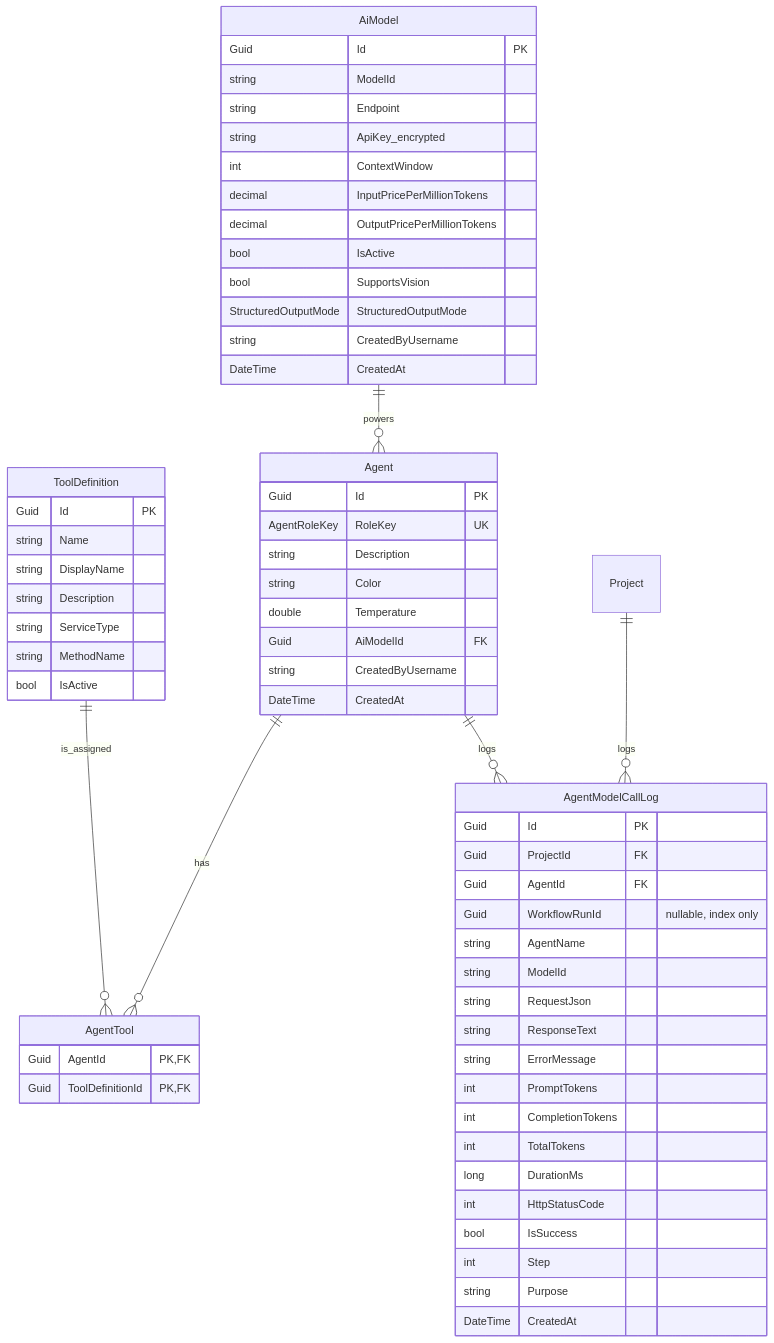
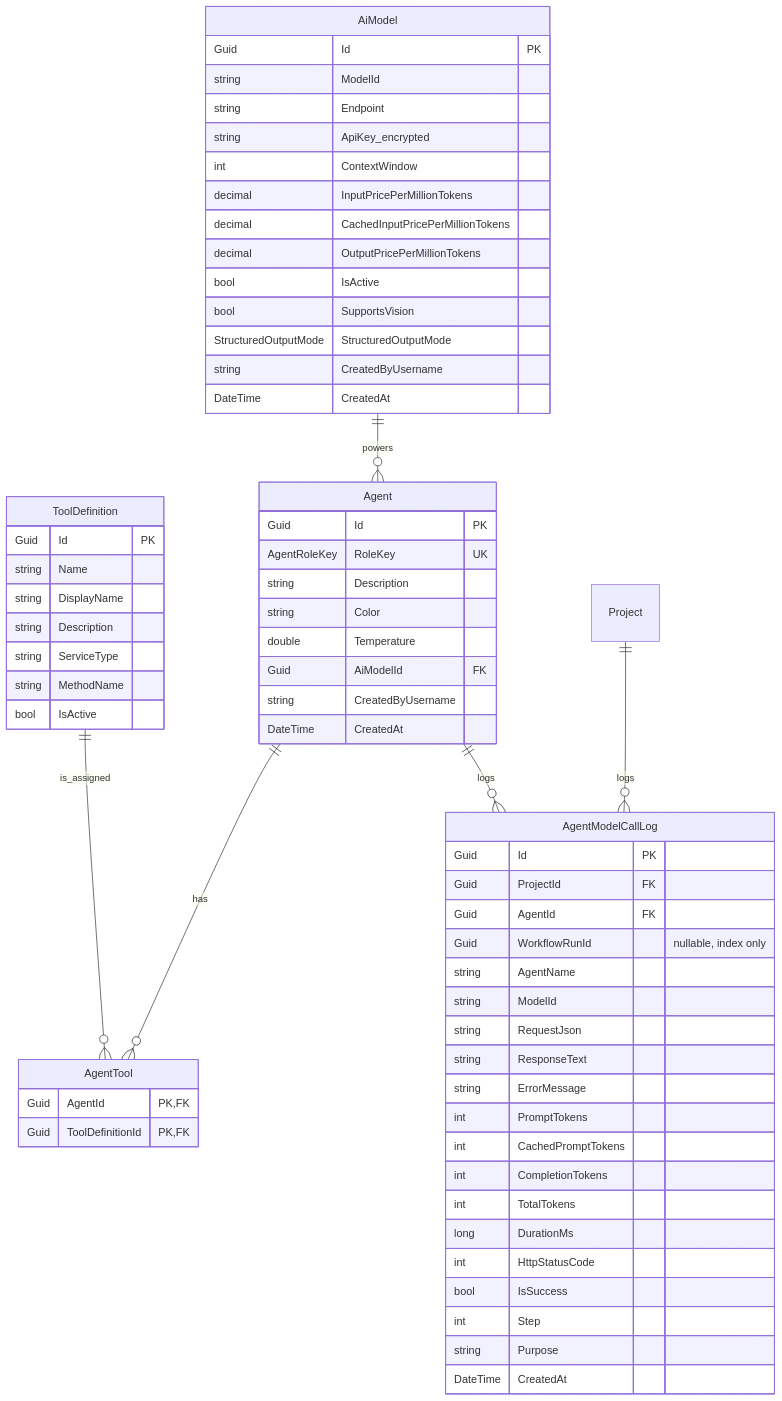
One commit to Songlong0506/ICOGenerator-v4 changed the fifth of 9 diagrams in docs/data-model.md. Above: the diagram before and after it, drawn with Mermaid. The commit also changed other lines of this file and 25 other files, not shown here.

````diff
--- a/docs/data-model.md
+++ b/docs/data-model.md
@@ -260,70 +260,72 @@
 ```mermaid
 erDiagram
     AiModel {
         Guid Id PK
         string ModelId
         string Endpoint
         string ApiKey_encrypted
         int ContextWindow
         decimal InputPricePerMillionTokens
+        decimal CachedInputPricePerMillionTokens
         decimal OutputPricePerMillionTokens
         bool IsActive
         bool SupportsVision
         StructuredOutputMode StructuredOutputMode
         string CreatedByUsername
         DateTime CreatedAt
     }
 
     Agent {
         Guid Id PK
         AgentRoleKey RoleKey UK
         string Description
         string Color
         double Temperature
         Guid AiModelId FK
         string CreatedByUsername
         DateTime CreatedAt
     }
 
     ToolDefinition {
         Guid Id PK
         string Name
         string DisplayName
         string Description
         string ServiceType
         string MethodName
         bool IsActive
     }
 
     AgentTool {
         Guid AgentId PK, FK
         Guid ToolDefinitionId PK, FK
     }
 
     AgentModelCallLog {
         Guid Id PK
         Guid ProjectId FK
         Guid AgentId FK
         Guid WorkflowRunId "nullable, index only"
         string AgentName
         string ModelId
         string RequestJson
         string ResponseText
         string ErrorMessage
         int PromptTokens
+        int CachedPromptTokens
         int CompletionTokens
         int TotalTokens
         long DurationMs
         int HttpStatusCode
         bool IsSuccess
         int Step
         string Purpose
         DateTime CreatedAt
     }
 
     AiModel ||--o{ Agent : powers
     Agent ||--o{ AgentTool : has
     ToolDefinition ||--o{ AgentTool : is_assigned
     Project ||--o{ AgentModelCallLog : logs
     Agent ||--o{ AgentModelCallLog : logs
 ```
````
